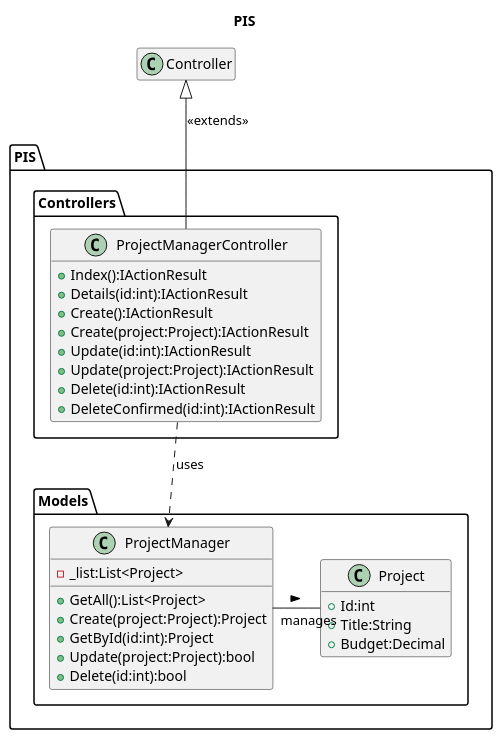
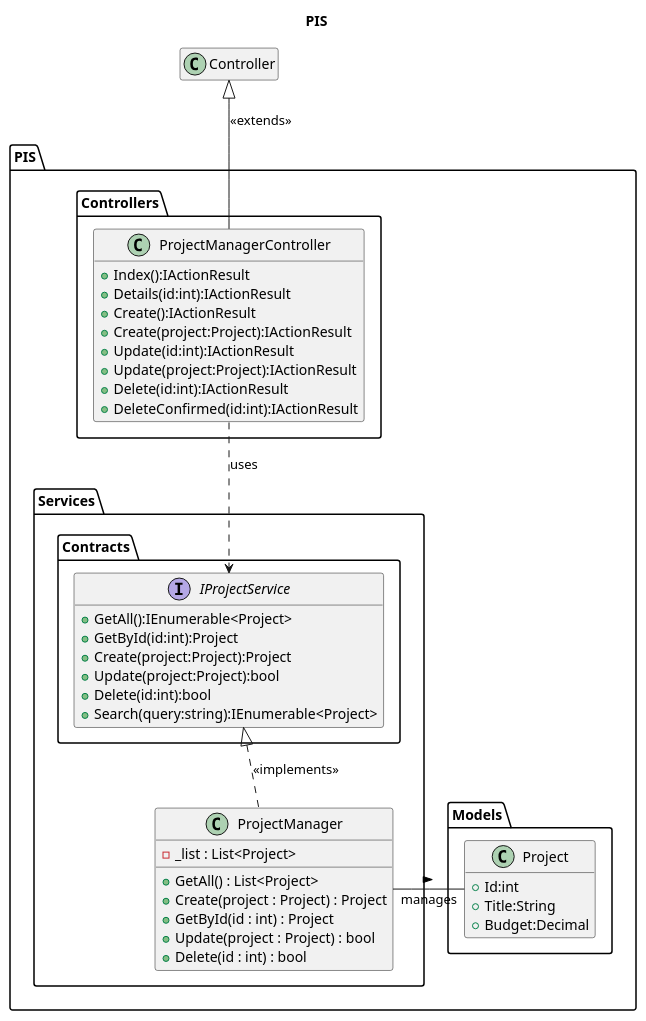
Before and after one commit to zcomert/project-information-system: the diagram in UMLs/PIS.wsd, drawn with PlantUML. The commit also changed 2 other files, not shown here.

Commit message:
ddd-service has been defined.

```diff
--- a/UMLs/PIS.wsd
+++ b/UMLs/PIS.wsd
@@ -1,48 +1,62 @@
 @startuml
 title PIS
 
 package PIS.Models
 {
     class Project
     {
         +Id:int
         +Title:String
         +Budget:Decimal
-    }
-
-    class ProjectManager
-    {
-        -_list:List<Project>
-        
-        +GetAll():List<Project>
-        +Create(project:Project):Project
-        +GetById(id:int):Project
-        +Update(project:Project):bool
-        +Delete(id:int):bool
     }
 }
 
 package PIS.Controllers 
 {
     class ProjectManagerController{
         +Index():IActionResult
         +Details(id:int):IActionResult
         +Create():IActionResult
         +Create(project:Project):IActionResult
         +Update(id:int):IActionResult
         +Update(project:Project):IActionResult
         +Delete(id:int):IActionResult
         +DeleteConfirmed(id:int):IActionResult
     }
 }
 
+package PIS.Services
+{
+    class ProjectManager
+    {
+        - _list : List<Project>
+        + GetAll() : List<Project>
+        + Create(project : Project) : Project
+        + GetById(id : int) : Project
+        + Update(project : Project) : bool
+        + Delete(id : int) : bool
+    }
+}
+
+package PIS.Services.Contracts
+{
+    interface IProjectService
+    {
+        +GetAll():IEnumerable<Project>
+        +GetById(id:int):Project
+        +Create(project:Project):Project
+        +Update(project:Project):bool
+        +Delete(id:int):bool
+        +Search(query:string):IEnumerable<Project>
+    }
+}
+
 class Controller{}
 
 ProjectManager - Project : > "manages"
 ProjectManagerController -up-|> Controller : "<<extends>>"
-ProjectManagerController ..> ProjectManager : "uses"
-
-
+ProjectManagerController ..> IProjectService : "uses"
+ProjectManager .up.|> IProjectService : "<<implements>>"
 
 hide empty members
 @enduml
```
